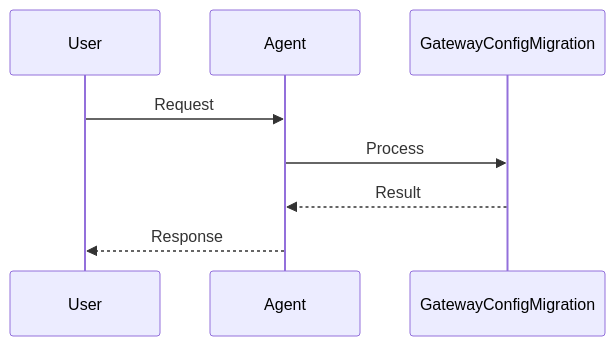
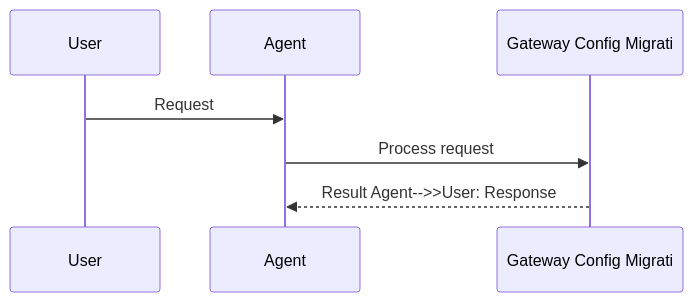
One commit to MervinPraison/PraisonAIDocs changed the second of 2 diagrams in docs/features/gateway-config-migration.mdx. Above: the diagram before and after it, drawn with Mermaid. The commit also changed 204 other files, not shown here.

First line of the commit message:
docs: align feature/tool pages with AGENTS.md hero + sequence + import standards (fixes #1775)

````diff
--- a/docs/features/gateway-config-migration.mdx
+++ b/docs/features/gateway-config-migration.mdx
@@ -49,11 +49,10 @@
 ```mermaid
 sequenceDiagram
     participant User
     participant Agent
-    participant GatewayConfigMigration
+    participant Feature as Gateway Config Migrati
 
     User->>Agent: Request
-    Agent->>GatewayConfigMigration: Process
-    GatewayConfigMigration-->>Agent: Result
-    Agent-->>User: Response
+    Agent->>Feature: Process request
+    Feature-->>Agent: Result    Agent-->>User: Response
 ```
````
